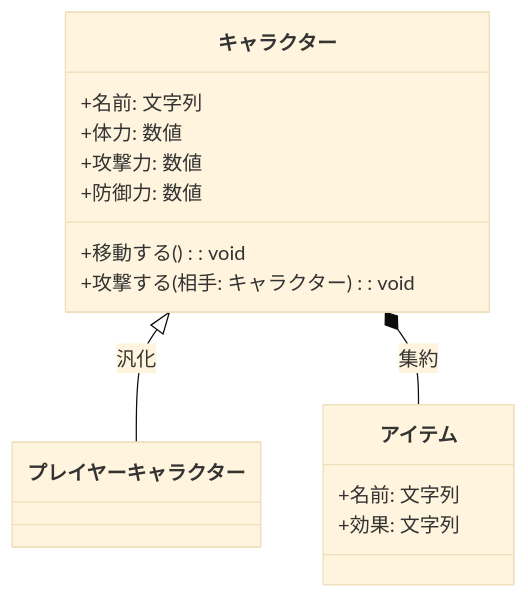
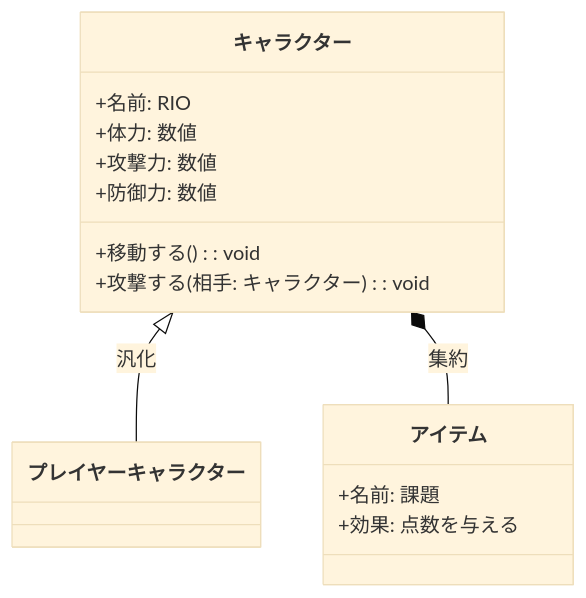
The third of 3 diagrams in README.md (tpu-game-2023/mermaid_test), drawn with Mermaid (base theme) before and after one commit.

````diff
--- a/README.md
+++ b/README.md
@@ -67,20 +67,20 @@
 ```mermaid
 classDiagram
     class キャラクター {
-        +名前: 文字列
+        +名前: RIO
         +体力: 数値
         +攻撃力: 数値
         +防御力: 数値
         +移動する(): void
         +攻撃する(相手: キャラクター): void
     }
 
     class アイテム {
-        +名前: 文字列
-        +効果: 文字列
+        +名前: 課題
+        +効果: 点数を与える
     }
 
     キャラクター <|-- プレイヤーキャラクター : 汎化
     キャラクター *-- アイテム : 集約
 
 ```
````
